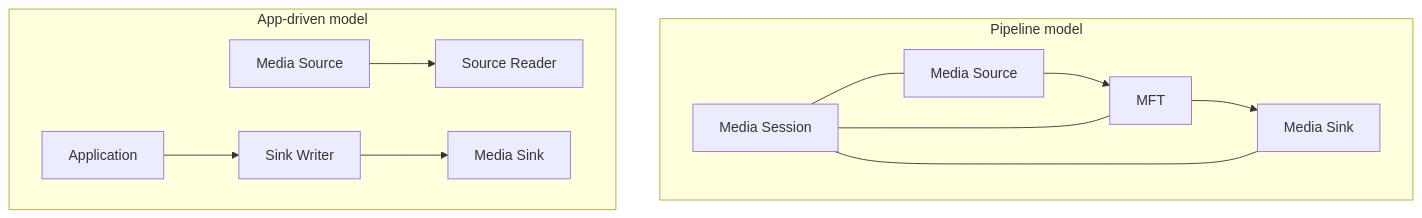
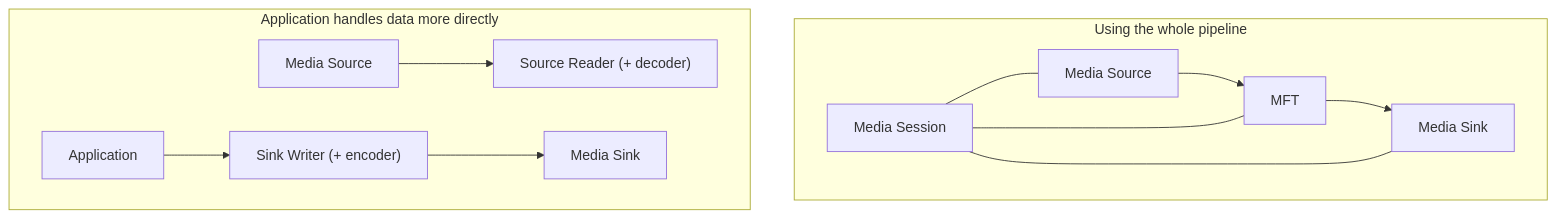
The first of 7 diagrams in _posts/2026-03-09-002-media-foundation-why-it-feels-like-com-en.md (gomurin0428/KomuraSoftWeb), drawn with Mermaid before and after one commit. The commit also changed other lines of this file and 2 other files, not shown here.

````diff
--- a/_posts/2026-03-09-002-media-foundation-why-it-feels-like-com-en.md
+++ b/_posts/2026-03-09-002-media-foundation-why-it-feels-like-com-en.md
@@ -50,16 +113,16 @@
 ```mermaid
 flowchart TB
-    subgraph Pipeline["Pipeline model"]
-        Source["Media Source"] --> Transform["MFT"]
-        Transform --> Sink["Media Sink"]
-        Session["Media Session"] --- Source
-        Session --- Transform
-        Session --- Sink
+    subgraph Pipeline["Using the whole pipeline"]
+        Source1["Media Source"] --> Transform1["MFT"]
+        Transform1 --> Sink1["Media Sink"]
+        Session["Media Session"] --- Source1
+        Session --- Transform1
+        Session --- Sink1
     end
 
-    subgraph Direct["App-driven model"]
-        Src2["Media Source"] --> Reader["Source Reader"]
-        App["Application"] --> Writer["Sink Writer"]
+    subgraph Direct["Application handles data more directly"]
+        Source2["Media Source"] --> Reader["Source Reader (+ decoder)"]
+        App["Application"] --> Writer["Sink Writer (+ encoder)"]
         Writer --> Sink2["Media Sink"]
     end
 ```
````
